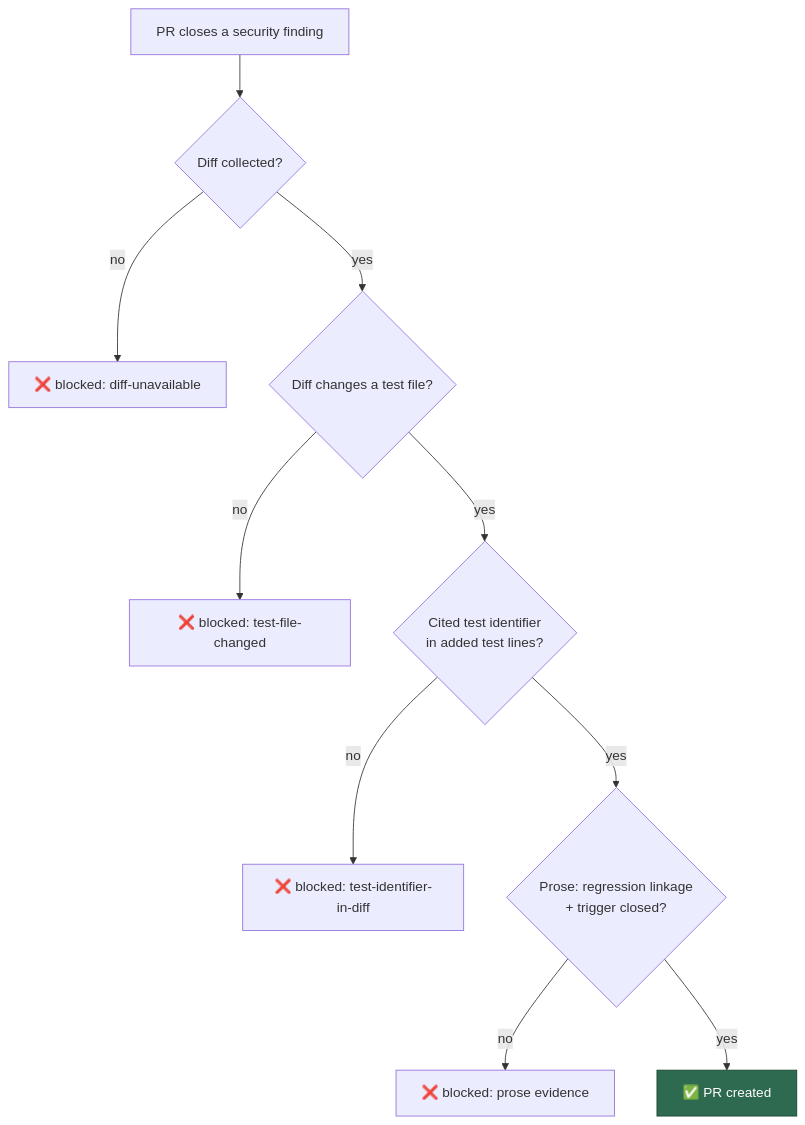
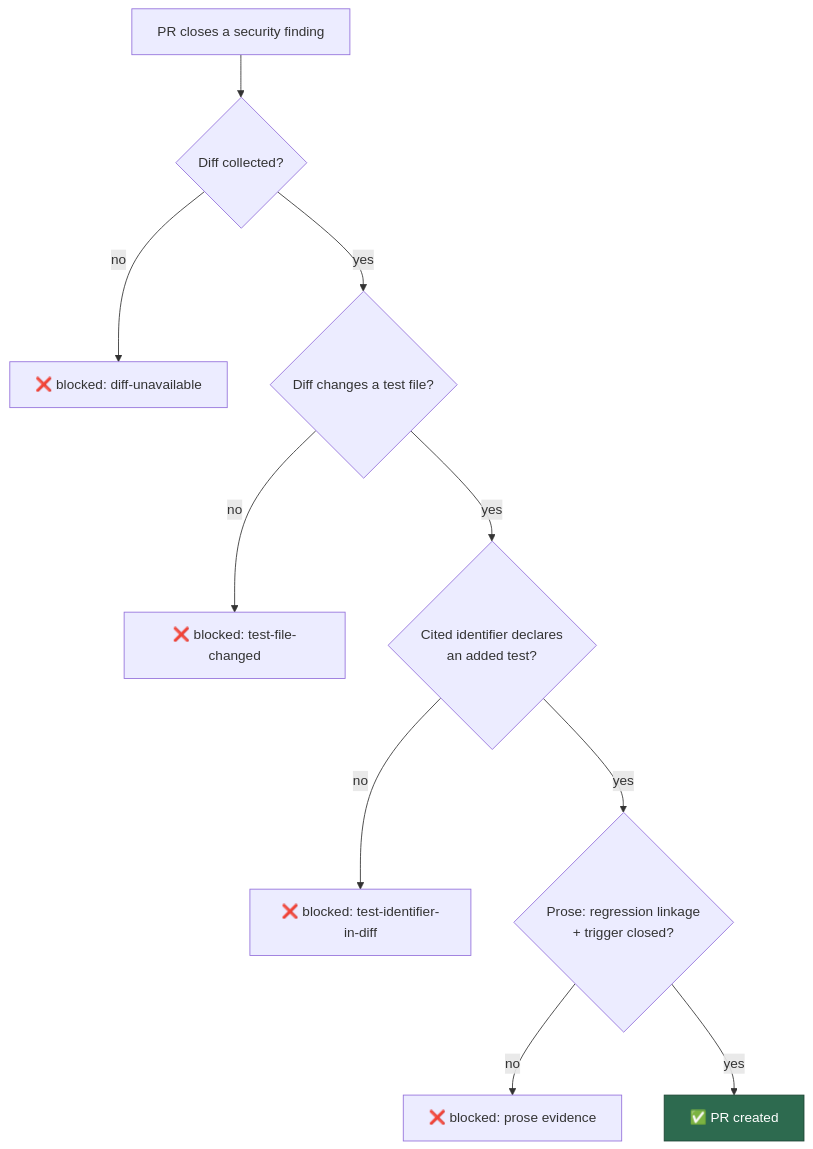
The second of 2 diagrams in docs/security/idle-task-scans-vs-anthropic-visa-harnesses-gap-analysis.md (stSoftwareAU/VibeCoder), drawn with Mermaid before and after one commit. The commit also changed other lines of this file and 145 other files, not shown here.

````diff
--- a/docs/security/idle-task-scans-vs-anthropic-visa-harnesses-gap-analysis.md
+++ b/docs/security/idle-task-scans-vs-anthropic-visa-harnesses-gap-analysis.md
@@ -181,13 +185,13 @@
 ```mermaid
 flowchart TD
     A["PR closes a security finding"] --> B{"Diff collected?"}
     B -- no --> X["❌ blocked: diff-unavailable"]
     B -- yes --> C{"Diff changes a test file?"}
     C -- no --> X2["❌ blocked: test-file-changed"]
-    C -- yes --> D{"Cited test identifier<br/>in added test lines?"}
+    C -- yes --> D{"Cited identifier declares<br/>an added test?"}
     D -- no --> X3["❌ blocked: test-identifier-in-diff"]
     D -- yes --> E{"Prose: regression linkage<br/>+ trigger closed?"}
     E -- no --> X4["❌ blocked: prose evidence"]
     E -- yes --> P["✅ PR created"]
     style P fill:#2d6a4f,stroke:#1b4332,color:#fff
 ```
````
